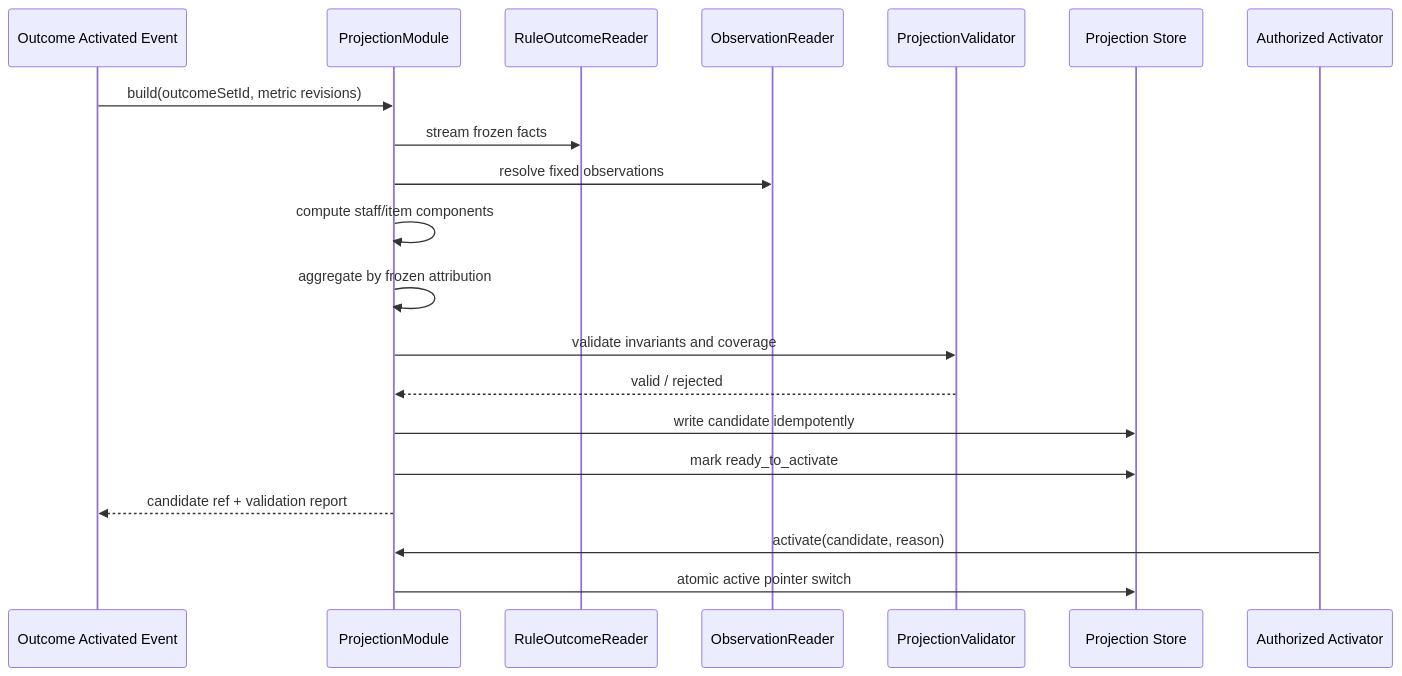
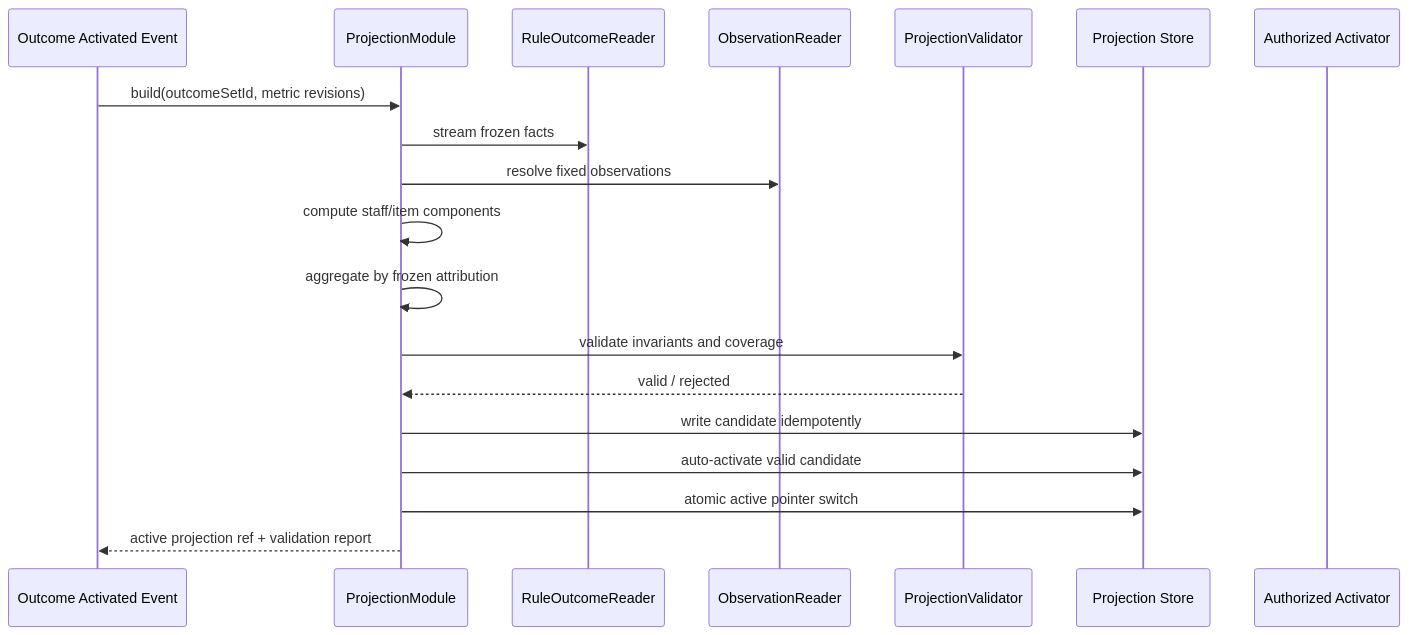
The second of 2 diagrams in .kiro/specs/metrics-and-dashboard/design.md (ArchMan001/hbecho), drawn with Mermaid before and after one commit. The commit also changed other lines of this file and 218 other files, not shown here.

````diff
--- a/.kiro/specs/metrics-and-dashboard/design.md
+++ b/.kiro/specs/metrics-and-dashboard/design.md
@@ -285,23 +281,22 @@
 ```mermaid
 sequenceDiagram
   participant E as Outcome Activated Event
   participant P as ProjectionModule
   participant R as RuleOutcomeReader
   participant O as ObservationReader
   participant V as ProjectionValidator
   participant S as Projection Store
   participant A as Authorized Activator
 
   E->>P: build(outcomeSetId, metric revisions)
   P->>R: stream frozen facts
   P->>O: resolve fixed observations
   P->>P: compute staff/item components
   P->>P: aggregate by frozen attribution
   P->>V: validate invariants and coverage
   V-->>P: valid / rejected
   P->>S: write candidate idempotently
-  P->>S: mark ready_to_activate
-  P-->>E: candidate ref + validation report
-  A->>P: activate(candidate, reason)
+  P->>S: auto-activate valid candidate
   P->>S: atomic active pointer switch
+  P-->>E: active projection ref + validation report
 ```
````
